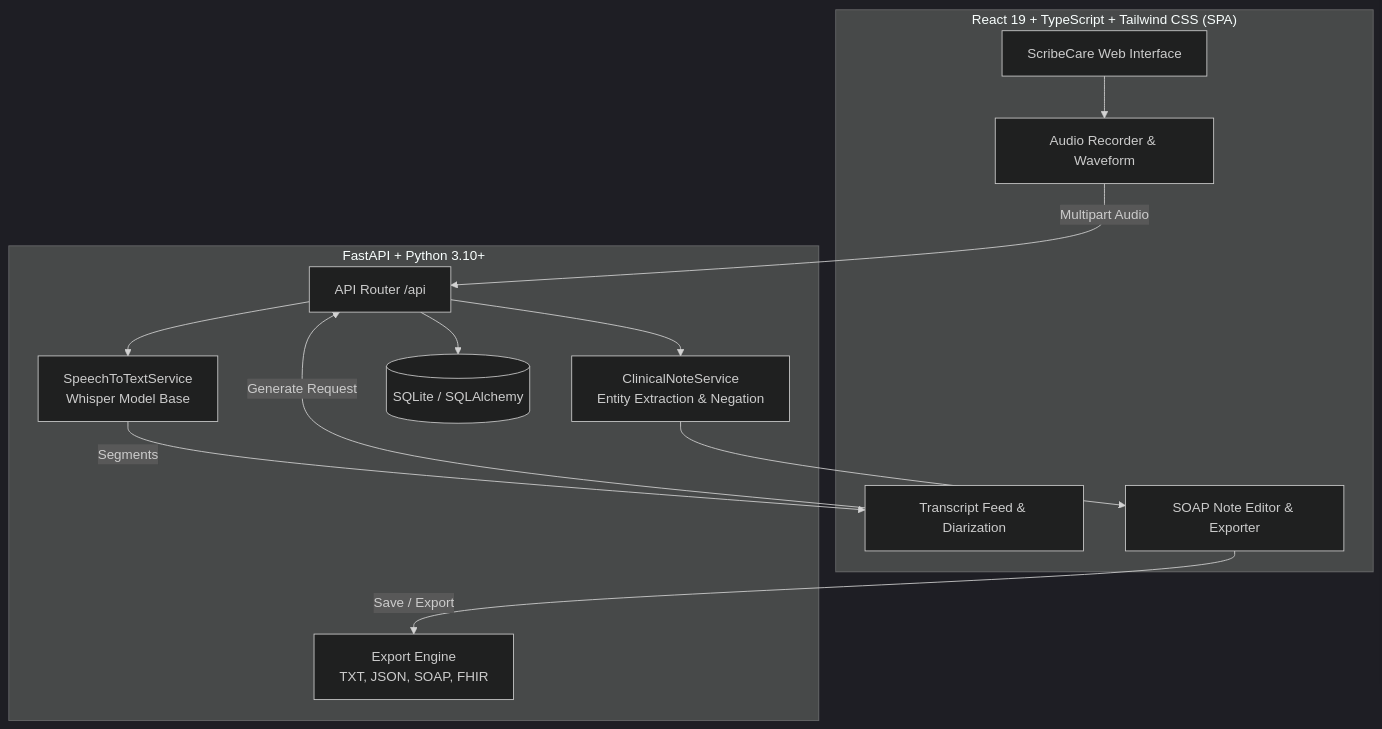
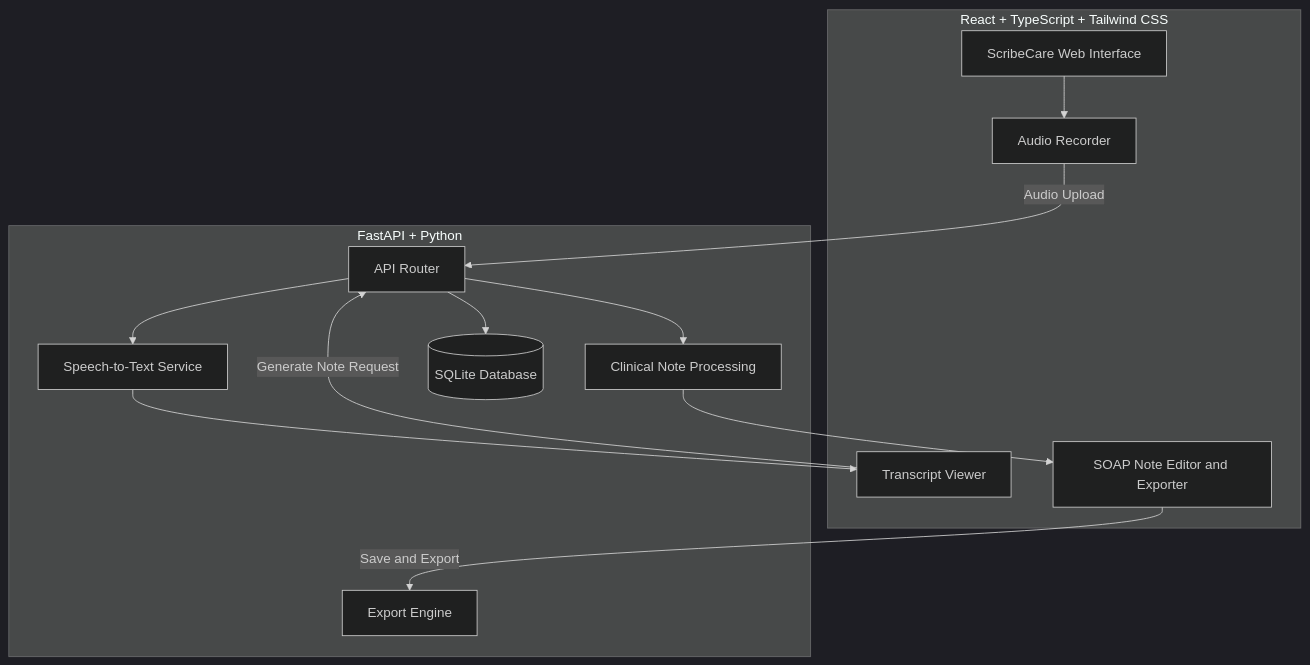
Before and after one commit to HARSHADK-2332/AI-CLINICAL-SCRIBE: the diagram in README.md, drawn with Mermaid (dark theme). The commit also changed other lines of this file, not shown here.

Commit message:
Improve ScribeCare README

````diff
--- a/README.md
+++ b/README.md
@@ -16,27 +20,27 @@
 ```mermaid
 flowchart TD
-    subgraph Frontend["React 19 + TypeScript + Tailwind CSS (SPA)"]
-        UI[ScribeCare Web Interface]
-        REC[Audio Recorder & Waveform]
-        TR[Transcript Feed & Diarization]
-        NOTE[SOAP Note Editor & Exporter]
+    subgraph Frontend["React + TypeScript + Tailwind CSS"]
+        UI["ScribeCare Web Interface"]
+        REC["Audio Recorder"]
+        TR["Transcript Viewer"]
+        NOTE["SOAP Note Editor and Exporter"]
     end
 
-    subgraph Backend["FastAPI + Python 3.10+"]
-        API[API Router /api]
-        STT[SpeechToTextService\nWhisper Model Base]
-        NLP[ClinicalNoteService\nEntity Extraction & Negation]
-        EXP[Export Engine\nTXT, JSON, SOAP, FHIR]
-        DB[(SQLite / SQLAlchemy)]
+    subgraph Backend["FastAPI + Python"]
+        API["API Router"]
+        STT["Speech-to-Text Service"]
+        NLP["Clinical Note Processing"]
+        EXP["Export Engine"]
+        DB[("SQLite Database")]
     end
 
     UI --> REC
-    REC -->|Multipart Audio| API
+    REC -->|"Audio Upload"| API
     API --> STT
-    STT -->|Segments| TR
-    TR -->|Generate Request| API
+    STT --> TR
+    TR -->|"Generate Note Request"| API
     API --> NLP
     NLP --> NOTE
-    NOTE -->|Save / Export| EXP
+    NOTE -->|"Save and Export"| EXP
     API --> DB
 ```
````
